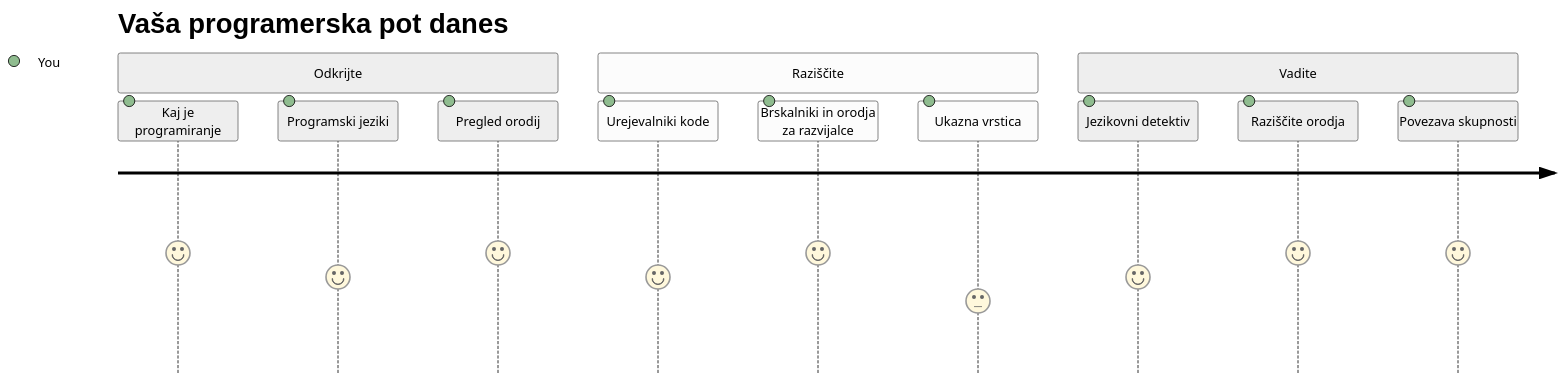
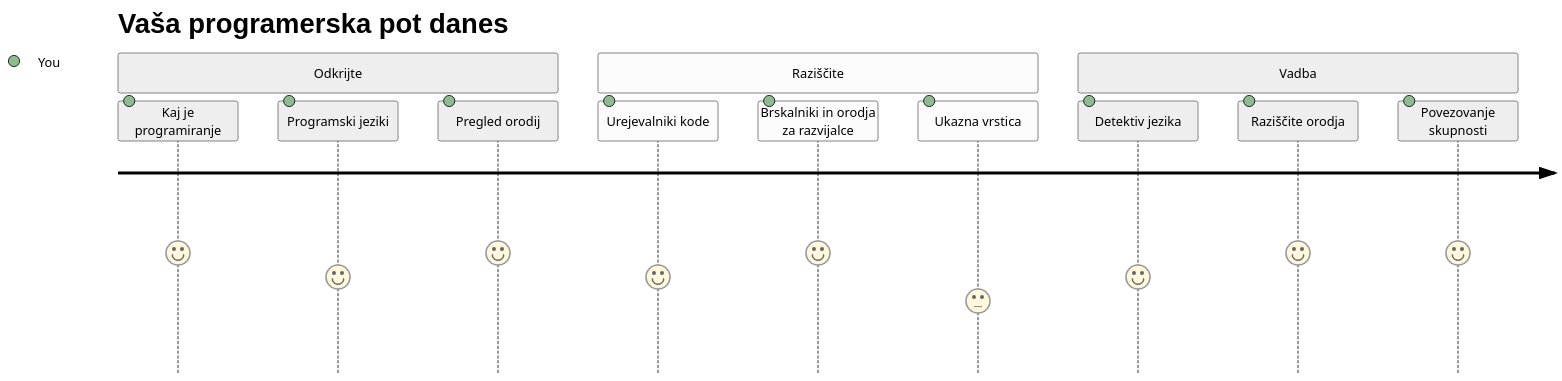
The first of 7 diagrams in translations/sl/1-getting-started-lessons/1-intro-to-programming-languages/README.md (microsoft/Web-Dev-For-Beginners), drawn with Mermaid (neutral theme) before and after one commit. The commit also changed other lines of this file and 8 other files, not shown here.

````diff
--- a/translations/sl/1-getting-started-lessons/1-intro-to-programming-languages/README.md
+++ b/translations/sl/1-getting-started-lessons/1-intro-to-programming-languages/README.md
@@ -14,16 +14,16 @@
 ```mermaid
 journey
     title Vaša programerska pot danes
     section Odkrijte
       Kaj je programiranje: 5: You
       Programski jeziki: 4: You
       Pregled orodij: 5: You
     section Raziščite
       Urejevalniki kode: 4: You
       Brskalniki in orodja za razvijalce: 5: You
       Ukazna vrstica: 3: You
-    section Vadite
-      Jezikovni detektiv: 4: You
+    section Vadba
+      Detektiv jezika: 4: You
       Raziščite orodja: 5: You
-      Povezava skupnosti: 5: You
+      Povezovanje skupnosti: 5: You
 ```
````
